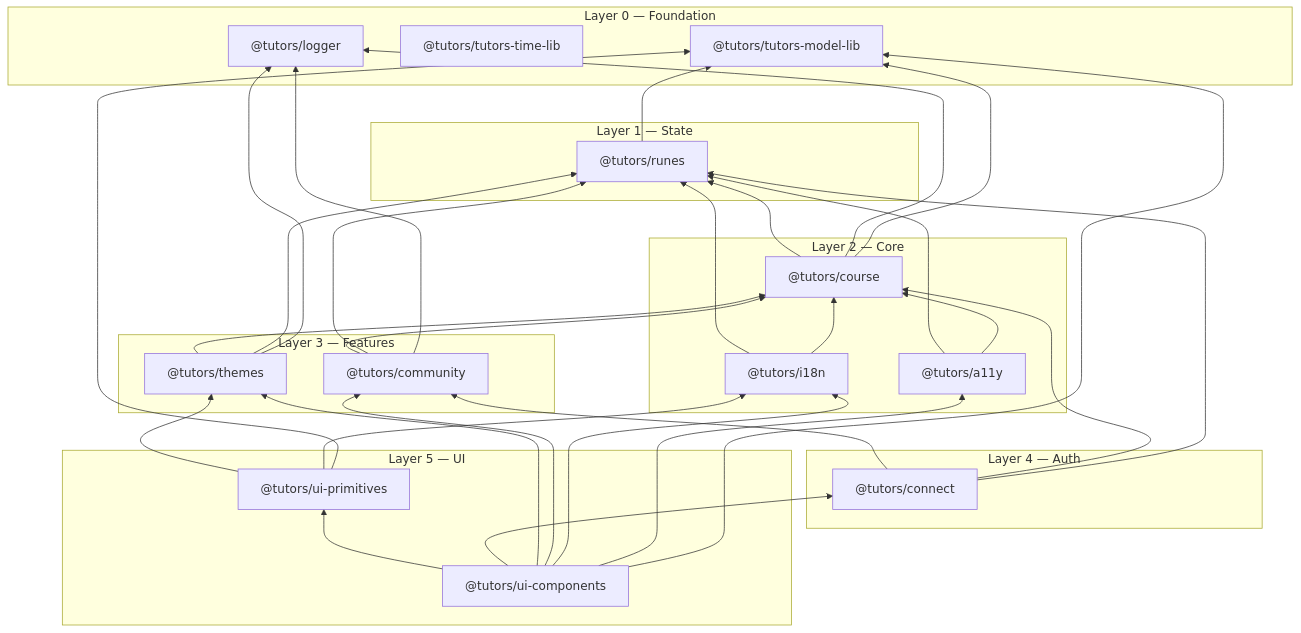
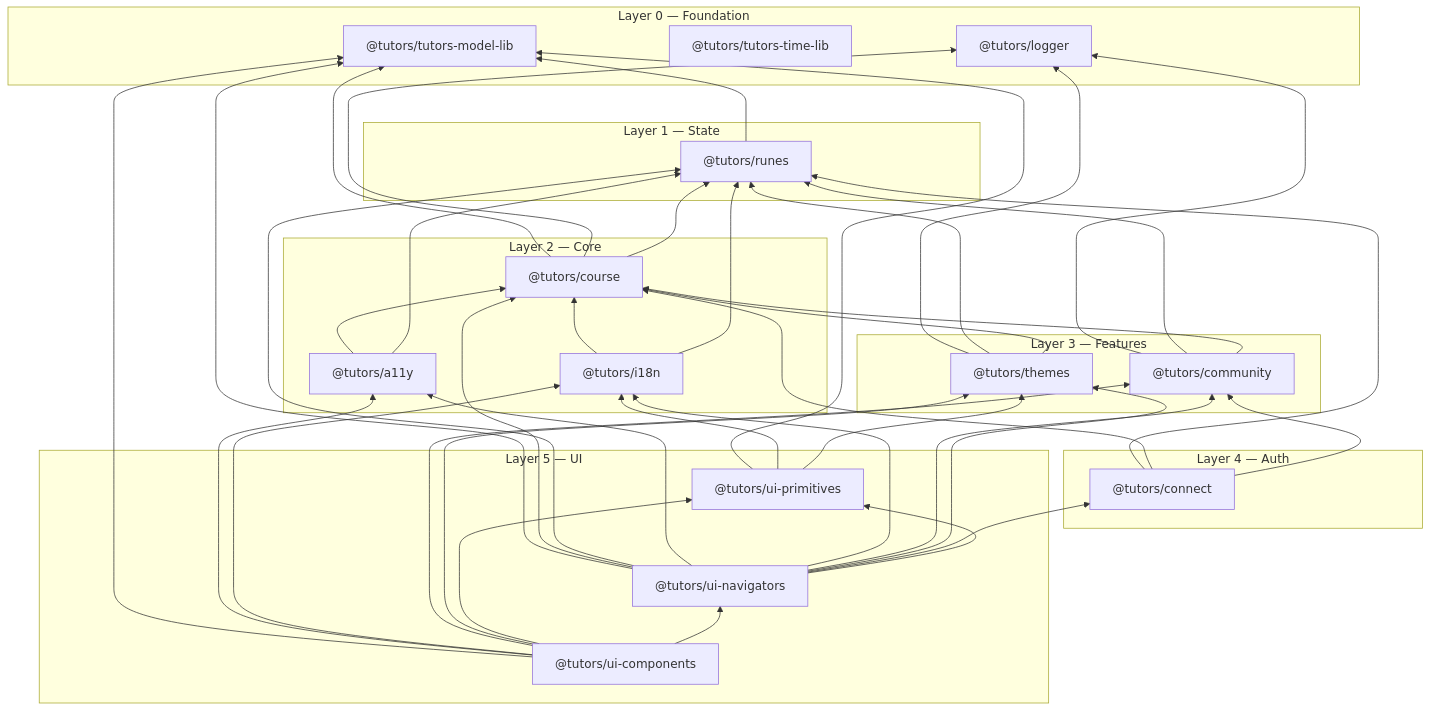
Before and after one commit to tutors-sdk/tutors-reference-manual: the sixth of 14 diagrams in unit-4-dev/note-architecture/note-architecture.md, drawn with Mermaid. The commit also changed other lines of this file and 8 other files, not shown here.

Commit message:
updated architecture

````diff
--- a/unit-4-dev/note-architecture/note-architecture.md
+++ b/unit-4-dev/note-architecture/note-architecture.md
@@ -635,60 +638,70 @@
 ```mermaid
 graph BT
   subgraph "Layer 0 — Foundation"
     model_lib["@tutors/tutors-model-lib"]
     time_lib["@tutors/tutors-time-lib"]
     logger["@tutors/logger"]
   end
 
   subgraph "Layer 1 — State"
     runes["@tutors/runes"]
   end
 
   subgraph "Layer 2 — Core"
     course["@tutors/course"]
     a11y["@tutors/a11y"]
     i18n["@tutors/i18n"]
   end
 
   subgraph "Layer 3 — Features"
     themes["@tutors/themes"]
     community["@tutors/community"]
   end
 
   subgraph "Layer 4 — Auth"
     connect["@tutors/connect"]
   end
 
   subgraph "Layer 5 — UI"
     ui_prim["@tutors/ui-primitives"]
+    ui_nav["@tutors/ui-navigators"]
     ui_comp["@tutors/ui-components"]
   end
 
   runes --> model_lib
   course --> runes
   course --> logger
   course --> model_lib
   a11y --> runes
   a11y --> course
   i18n --> runes
   i18n --> course
   themes --> course
   themes --> runes
   themes --> logger
   community --> course
   community --> runes
   community --> logger
   connect --> community
   connect --> course
   connect --> runes
   ui_prim --> themes
   ui_prim --> i18n
   ui_prim --> model_lib
+  ui_nav --> ui_prim
+  ui_nav --> connect
+  ui_nav --> themes
+  ui_nav --> community
+  ui_nav --> i18n
+  ui_nav --> a11y
+  ui_nav --> runes
+  ui_nav --> course
+  ui_nav --> model_lib
+  ui_comp --> ui_nav
   ui_comp --> ui_prim
-  ui_comp --> connect
   ui_comp --> themes
   ui_comp --> community
   ui_comp --> i18n
   ui_comp --> a11y
   ui_comp --> model_lib
 ```
````
